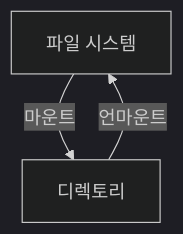
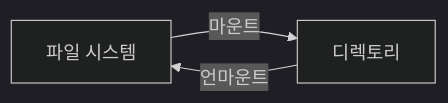
The fifth of 13 diagrams in content/post/2024/2024-09-09-file-system/index.md (42jerrykim/42jerrykim.github.io), drawn with Mermaid (dark theme) before and after one commit. The commit also changed other lines of this file and 239 other files, not shown here.

````diff
--- a/content/post/2024/2024-09-09-file-system/index.md
+++ b/content/post/2024/2024-09-09-file-system/index.md
@@ -416,5 +475,7 @@
 ```mermaid
-graph TD;
-    A[파일 시스템] -->|마운트| B[디렉토리]
-    B -->|언마운트| A
+graph LR
+    fs[파일 시스템]
+    mountPoint[디렉토리]
+    fs -->|"마운트"| mountPoint
+    mountPoint -->|"언마운트"| fs
 ```
````
